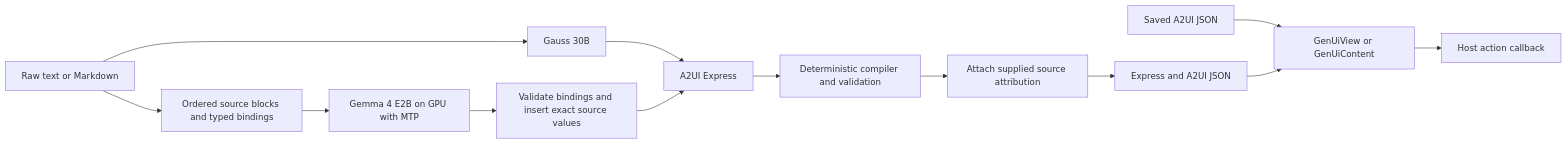
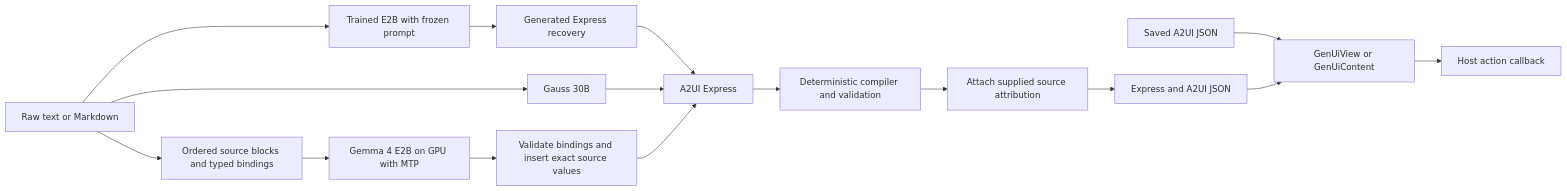
The diagram in GenUICraft/README.md (anup42/A2UI), drawn with Mermaid before and after one commit. The commit also changed other lines of this file and 7 other files, not shown here.

````diff
--- a/GenUICraft/README.md
+++ b/GenUICraft/README.md
@@ -9,15 +9,18 @@
 ```mermaid
 flowchart LR
   text[Raw text or Markdown] --> gauss[Gauss 30B]
+  text --> trained[Trained E2B with frozen prompt]
+  trained --> recovery[Generated Express recovery]
+  recovery --> express
   text --> bindings[Ordered source blocks and typed bindings]
   bindings --> gemma[Gemma 4 E2B on GPU with MTP]
   gauss --> express[A2UI Express]
   gemma --> bind[Validate bindings and insert exact source values]
   bind --> express
   express --> compiler[Deterministic compiler and validation]
   compiler --> attribution[Attach supplied source attribution]
   attribution --> document[Express and A2UI JSON]
   saved[Saved A2UI JSON] --> renderer[GenUiView or GenUiContent]
   document --> renderer
   renderer --> host[Host action callback]
 ```
````
